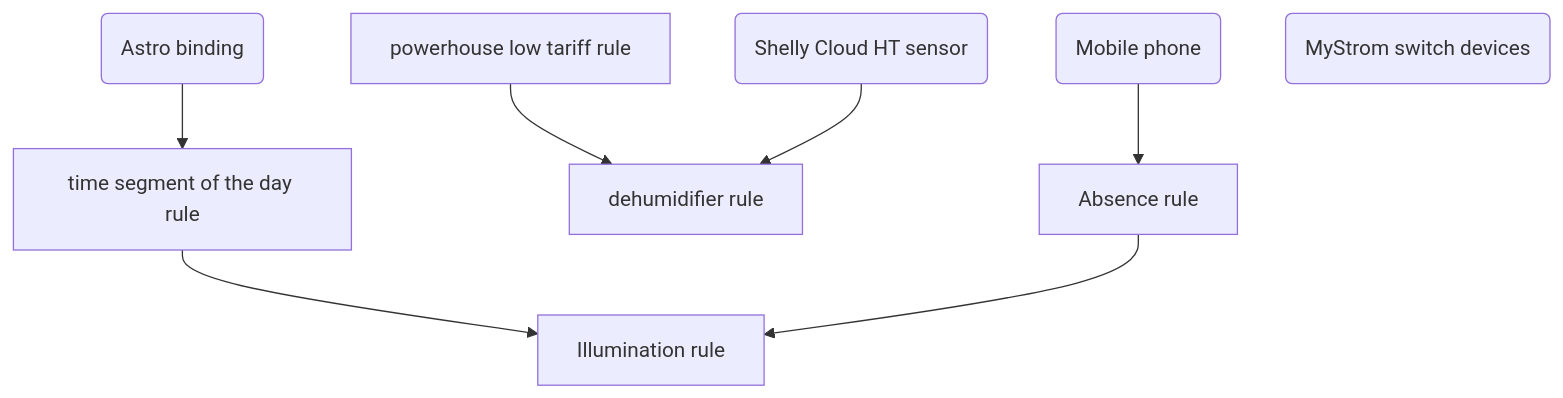
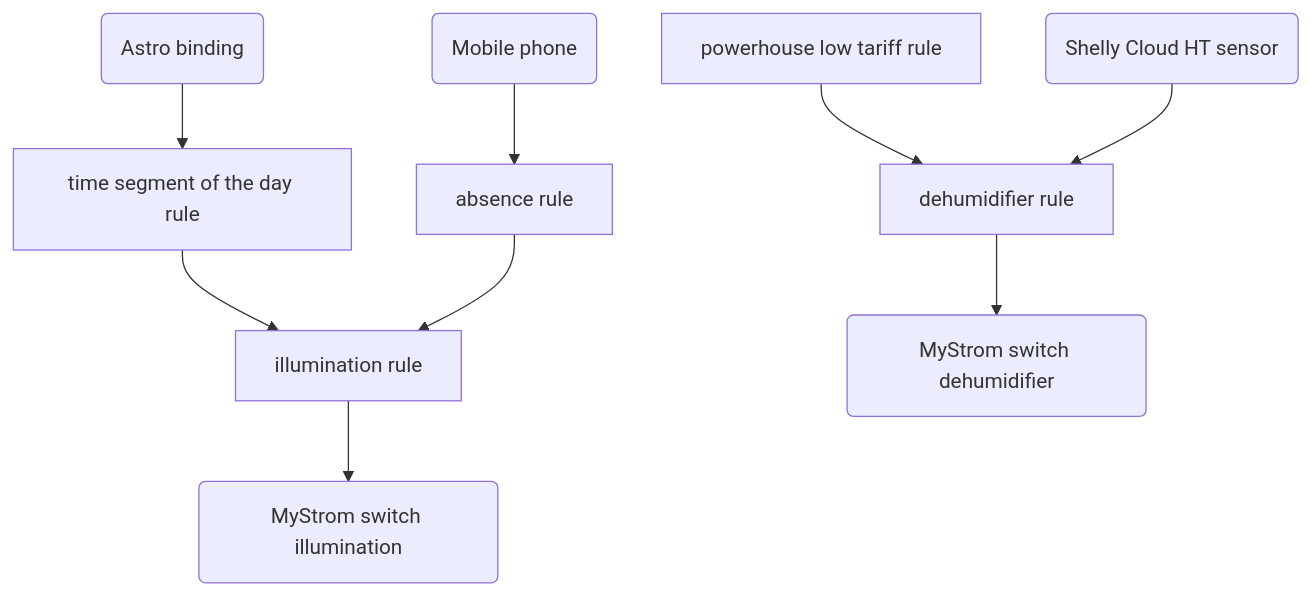
Before and after one commit to hoinmic/openhabian: the diagram in README.md, drawn with Mermaid. The commit also changed 4 other files, not shown here.

````diff
--- a/README.md
+++ b/README.md
@@ -5,20 +26,25 @@
 ```mermaid
 graph TD
-A[Absence rule]
+A[absence rule]
 B[dehumidifier rule]
-C[Illumination rule]
+C[illumination rule]
 D[powerhouse low tariff rule]
 E[time segment of the day rule]
+
+M(MyStrom switch dehumidifier)
+N(MyStrom switch illumination)
 
 W(Mobile phone)
 X(Shelly Cloud HT sensor)
 Y(Astro binding)
-Z(MyStrom switch devices)
 
 W --> A
 Y --> E
 D --> B
 X --> B
 E --> C
 A --> C
+
+B --> M
+C --> N
 ```
````
